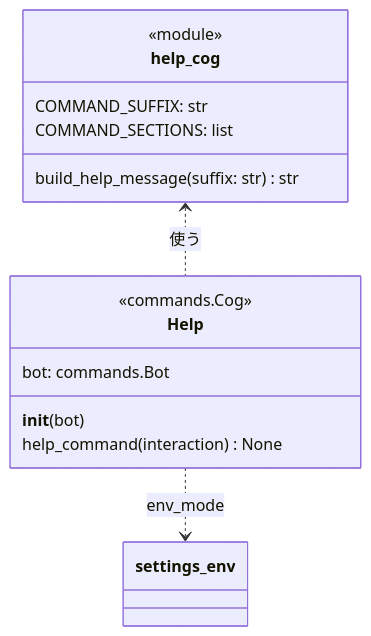
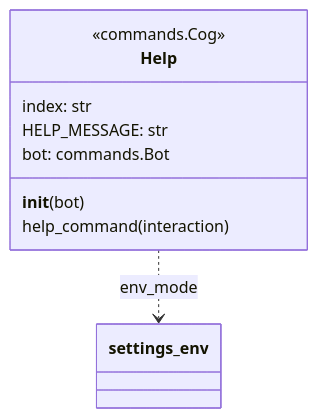
One commit to rabin0630/DiscordWorkLogger changed the second of 2 diagrams in docs/attendance_requirements_and_design/command_detailed_designs/help_detailed_design.md. Above: the diagram before and after it, drawn with Mermaid. The commit also changed other lines of this file and 6 other files, not shown here.

````diff
--- a/docs/attendance_requirements_and_design/command_detailed_designs/help_detailed_design.md
+++ b/docs/attendance_requirements_and_design/command_detailed_designs/help_detailed_design.md
@@ -160,17 +89,12 @@
 ```mermaid
 classDiagram
-    class help_cog {
-        <<module>>
-        COMMAND_SUFFIX: str
-        COMMAND_SECTIONS: list
-        build_help_message(suffix: str) str
-    }
     class Help {
         <<commands.Cog>>
+        index: str
+        HELP_MESSAGE: str
         bot: commands.Bot
         __init__(bot)
-        help_command(interaction) None
+        help_command(interaction)
     }
-    help_cog <.. Help : 使う
     Help ..> settings_env : env_mode
 ```
````
